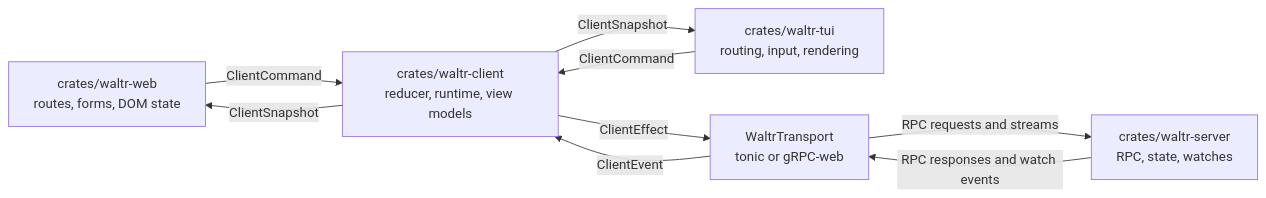
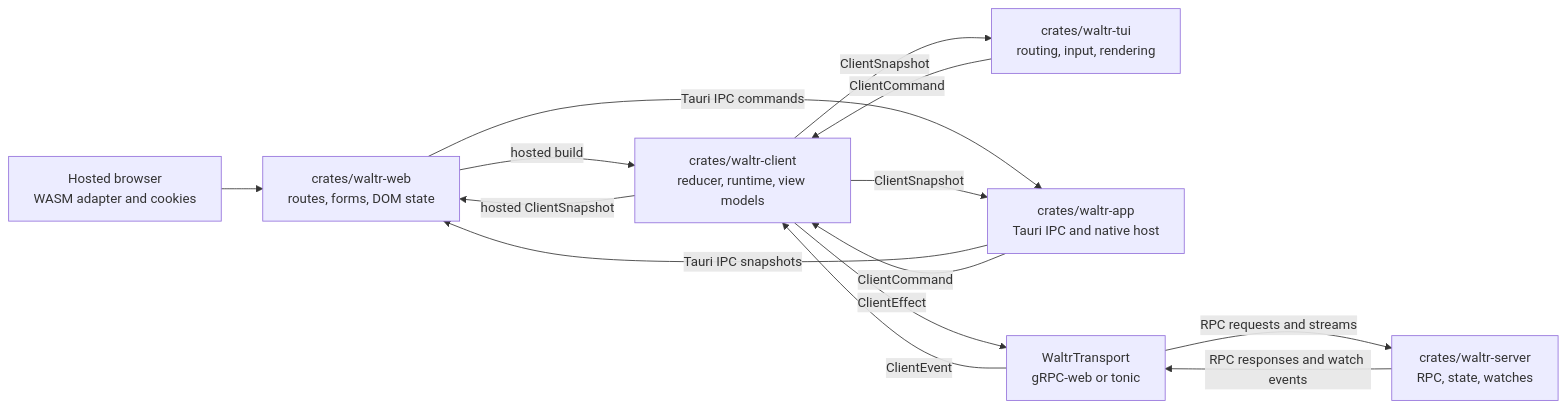
The first of 3 diagrams in docs/architecture/clients.md (rfhold/waltr), drawn with Mermaid before and after one commit. The commit also changed other lines of this file and 154 other files, not shown here.

Commit message:
feat(app): add Tauri desktop and Android clients

````diff
--- a/docs/architecture/clients.md
+++ b/docs/architecture/clients.md
@@ -16,17 +17,24 @@
 ```mermaid
 flowchart LR
+    Browser[Hosted browser<br/>WASM adapter and cookies]
     Web[crates/waltr-web<br/>routes, forms, DOM state]
     Tui[crates/waltr-tui<br/>routing, input, rendering]
+    App[crates/waltr-app<br/>Tauri IPC and native host]
     Client[crates/waltr-client<br/>reducer, runtime, view models]
-    Transport[WaltrTransport<br/>tonic or gRPC-web]
+    Transport[WaltrTransport<br/>gRPC-web or tonic]
     Server[crates/waltr-server<br/>RPC, state, watches]
 
-    Web -->|ClientCommand| Client
+    Browser --> Web
+    Web -->|hosted build| Client
+    Client -->|hosted ClientSnapshot| Web
+    Web -->|Tauri IPC commands| App
+    App -->|Tauri IPC snapshots| Web
+    App -->|ClientCommand| Client
+    Client -->|ClientSnapshot| App
     Tui -->|ClientCommand| Client
-    Client -->|ClientSnapshot| Web
     Client -->|ClientSnapshot| Tui
     Client -->|ClientEffect| Transport
     Transport -->|RPC requests and streams| Server
     Server -->|RPC responses and watch events| Transport
     Transport -->|ClientEvent| Client
 ```
````
